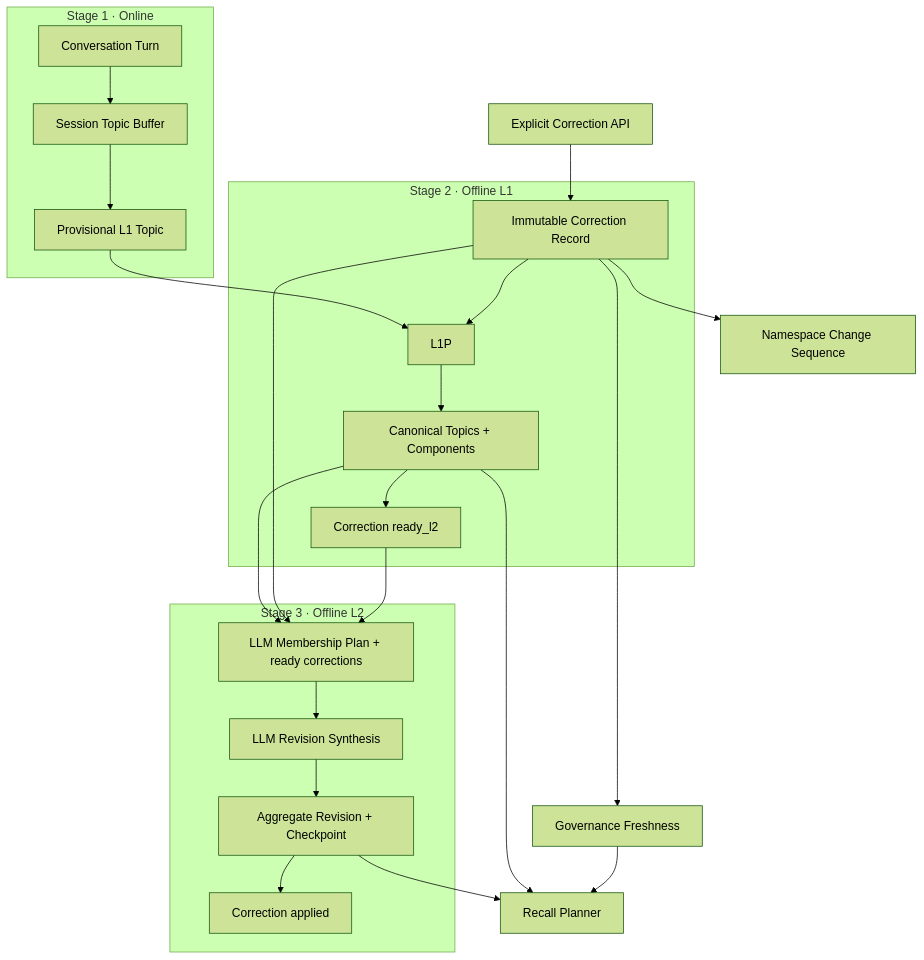
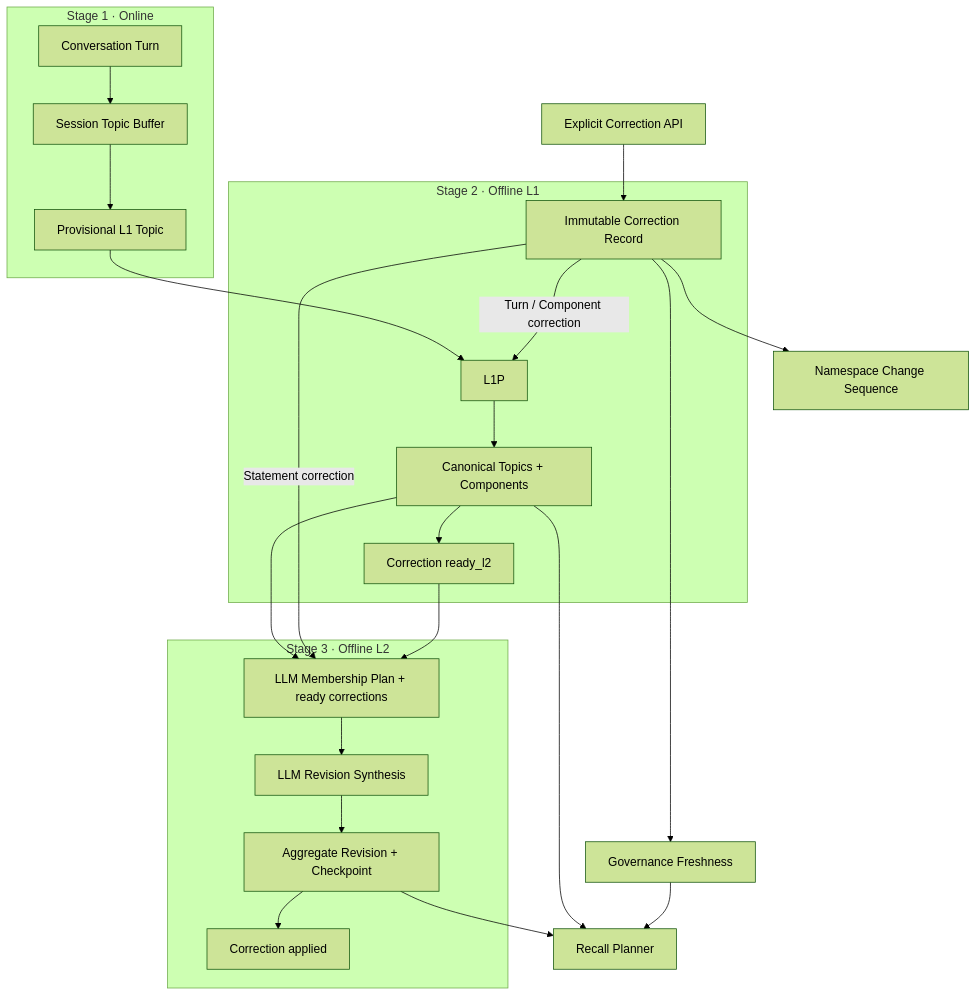
One commit to hdonLiu/oh-my-memory changed the diagram in docs/superpowers/specs/2026-07-07-memory-governance-reconciliation-design.md. Above: the diagram before and after it, drawn with Mermaid (forest theme). The commit also changed other lines of this file, not shown here.

````diff
--- a/docs/superpowers/specs/2026-07-07-memory-governance-reconciliation-design.md
+++ b/docs/superpowers/specs/2026-07-07-memory-governance-reconciliation-design.md
@@ -66,31 +66,31 @@
 ```mermaid
 flowchart TD
   C["Explicit Correction API"] --> CR["Immutable Correction Record"]
   CR --> NC["Namespace Change Sequence"]
 
   subgraph Online["Stage 1 · Online"]
     T["Conversation Turn"] --> B["Session Topic Buffer"]
     B --> PT2["Provisional L1 Topic"]
   end
 
   subgraph L1Job["Stage 2 · Offline L1"]
     PT2 --> L1P
-    CR --> L1P
+    CR -->|"Turn / Component correction"| L1P
     L1P --> L1C["Canonical Topics + Components"]
     L1C --> READY["Correction ready_l2"]
   end
 
   subgraph L2Job["Stage 3 · Offline L2"]
     L1C --> L2P["LLM Membership Plan + ready corrections"]
-    CR --> L2P
+    CR -->|"Statement correction"| L2P
     READY --> L2P
     L2P --> L2S["LLM Revision Synthesis"]
     L2S --> L2C["Aggregate Revision + Checkpoint"]
     L2C --> APPLIED["Correction applied"]
   end
 
   L2C --> R["Recall Planner"]
   L1C --> R
   CR --> F["Governance Freshness"]
   F --> R
 ```
````
